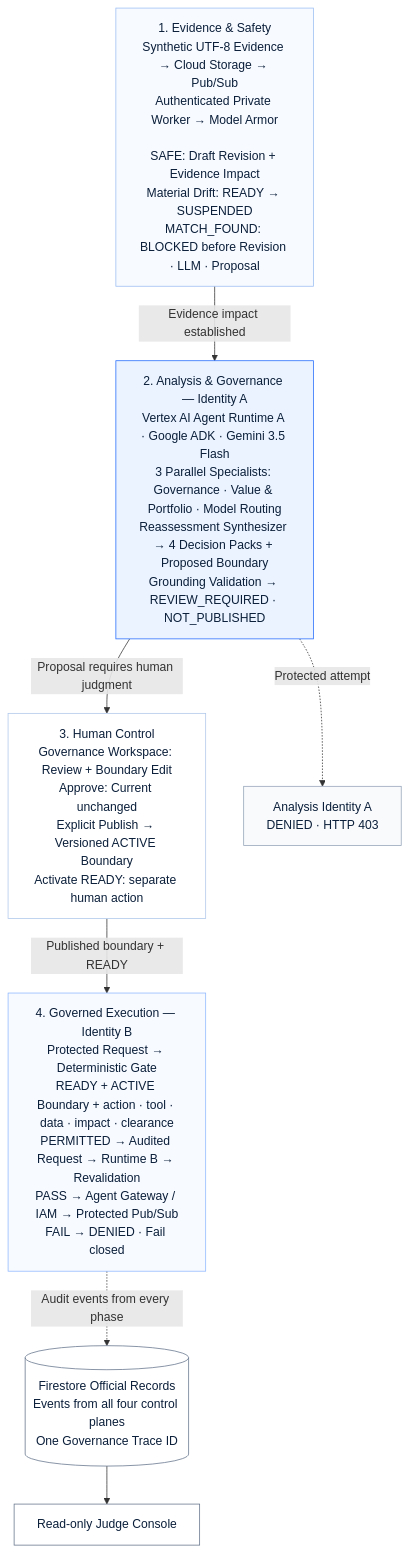
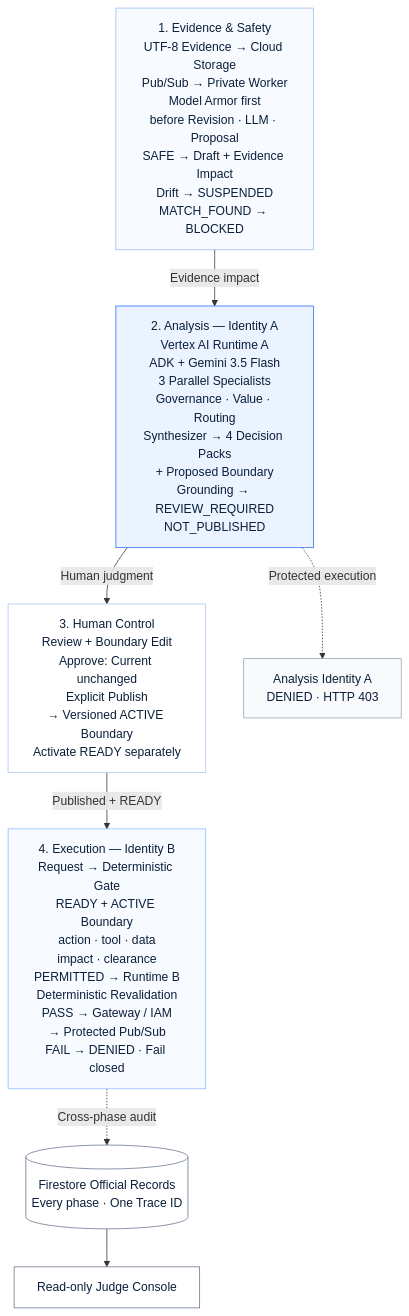
The diagram in README.md (solidfdn/readinessops-agent-fleet-governance), drawn with Mermaid before and after one commit. The commit also changed 1 other file, not shown here.

Commit message:
Compact Mermaid labels for GitHub

````diff
--- a/README.md
+++ b/README.md
@@ -229,35 +229,35 @@
 ```mermaid
 flowchart TB
-  E["1. Evidence & Safety<br/>Synthetic UTF-8 Evidence → Cloud Storage → Pub/Sub<br/>Authenticated Private Worker → Model Armor<br/><br/>SAFE: Draft Revision + Evidence Impact<br/>Material Drift: READY → SUSPENDED<br/>MATCH_FOUND: BLOCKED before Revision · LLM · Proposal"]
+  E["1. Evidence & Safety<br/>UTF-8 Evidence → Cloud Storage<br/>Pub/Sub → Private Worker<br/>Model Armor first<br/>before Revision · LLM · Proposal<br/>SAFE → Draft + Evidence Impact<br/>Drift → SUSPENDED<br/>MATCH_FOUND → BLOCKED"]
 
-  A["2. Analysis & Governance — Identity A<br/>Vertex AI Agent Runtime A · Google ADK · Gemini 3.5 Flash<br/>3 Parallel Specialists: Governance · Value & Portfolio · Model Routing<br/>Reassessment Synthesizer → 4 Decision Packs + Proposed Boundary<br/>Grounding Validation → REVIEW_REQUIRED · NOT_PUBLISHED"]
+  A["2. Analysis — Identity A<br/>Vertex AI Runtime A<br/>ADK + Gemini 3.5 Flash<br/>3 Parallel Specialists<br/>Governance · Value · Routing<br/>Synthesizer → 4 Decision Packs<br/>+ Proposed Boundary<br/>Grounding → REVIEW_REQUIRED<br/>NOT_PUBLISHED"]
 
-  H["3. Human Control<br/>Governance Workspace: Review + Boundary Edit<br/>Approve: Current unchanged<br/>Explicit Publish → Versioned ACTIVE Boundary<br/>Activate READY: separate human action"]
+  H["3. Human Control<br/>Review + Boundary Edit<br/>Approve: Current unchanged<br/>Explicit Publish<br/>→ Versioned ACTIVE Boundary<br/>Activate READY separately"]
 
-  X["4. Governed Execution — Identity B<br/>Protected Request → Deterministic Gate<br/>READY + ACTIVE Boundary + action · tool · data · impact · clearance<br/>PERMITTED → Audited Request → Runtime B → Revalidation<br/>PASS → Agent Gateway / IAM → Protected Pub/Sub<br/>FAIL → DENIED · Fail closed"]
+  X["4. Execution — Identity B<br/>Request → Deterministic Gate<br/>READY + ACTIVE Boundary<br/>action · tool · data<br/>impact · clearance<br/>PERMITTED → Runtime B<br/>Deterministic Revalidation<br/>PASS → Gateway / IAM<br/>→ Protected Pub/Sub<br/>FAIL → DENIED · Fail closed"]
 
-  E -->|Evidence impact established| A
-  A -->|Proposal requires human judgment| H
-  H -->|Published boundary + READY| X
-  A -.->|Protected attempt| IAD["Analysis Identity A<br/>DENIED · HTTP 403"]
+  E -->|Evidence impact| A
+  A -->|Human judgment| H
+  H -->|Published + READY| X
+  A -.->|Protected execution| IAD["Analysis Identity A<br/>DENIED · HTTP 403"]
 
-  FS[("Firestore Official Records<br/>Events from all four control planes<br/>One Governance Trace ID")]
+  FS[("Firestore Official Records<br/>Every phase · One Trace ID")]
   JUDGE["Read-only Judge Console"]
 
-  X -.->|Audit events from every phase| FS
+  X -.->|Cross-phase audit| FS
   FS --> JUDGE
 
   classDef security fill:#F7FAFF,stroke:#9ABCF2,color:#0B1F3A;
   classDef blocked fill:#F8FAFC,stroke:#94A3B8,color:#0B1F3A;
   classDef governance fill:#EAF3FF,stroke:#246BFD,color:#0B1F3A;
   classDef human fill:#FFFFFF,stroke:#AFC7EA,color:#0B1F3A;
   classDef execution fill:#F7FAFF,stroke:#8FB8FF,color:#0B1F3A;
   classDef record fill:#FFFFFF,stroke:#64748B,color:#0B1F3A;
 
   class E security;
   class IAD blocked;
   class A governance;
   class H human;
   class X execution;
   class FS,JUDGE record;
 ```
````
